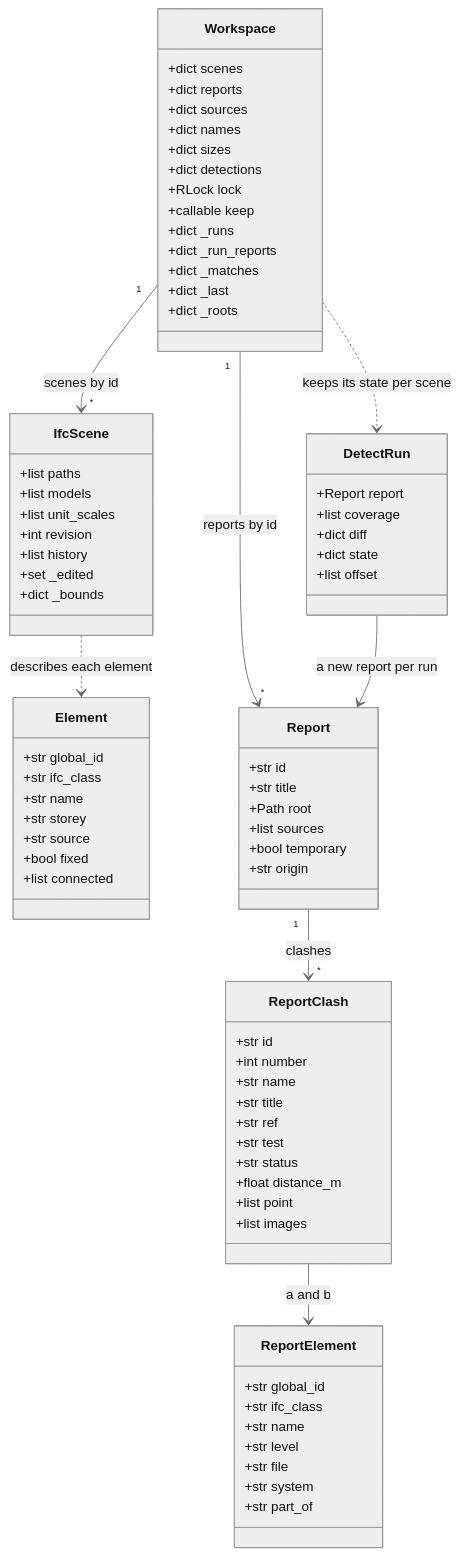
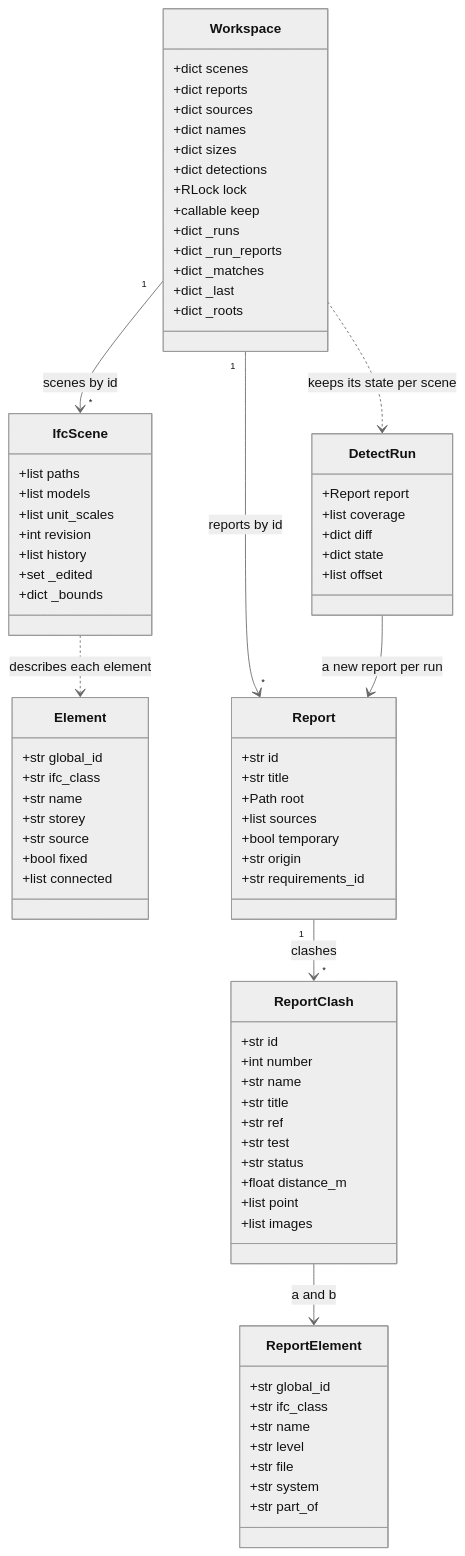
The first of 7 diagrams in docs/architecture/05-domain-model-and-state.md (IssueLab-Inc/ORCA), drawn with Mermaid (neutral theme) before and after one commit. The commit also changed other lines of this file and 15 other files, not shown here.

````diff
--- a/docs/architecture/05-domain-model-and-state.md
+++ b/docs/architecture/05-domain-model-and-state.md
@@ -21,79 +21,80 @@
 ```mermaid
 classDiagram
     class Workspace {
         +dict scenes
         +dict reports
         +dict sources
         +dict names
         +dict sizes
         +dict detections
         +RLock lock
         +callable keep
         +dict _runs
         +dict _run_reports
         +dict _matches
         +dict _last
         +dict _roots
     }
     class IfcScene {
         +list paths
         +list models
         +list unit_scales
         +int revision
         +list history
         +set _edited
         +dict _bounds
     }
     class Element {
         +str global_id
         +str ifc_class
         +str name
         +str storey
         +str source
         +bool fixed
         +list connected
     }
     class Report {
         +str id
         +str title
         +Path root
         +list sources
         +bool temporary
         +str origin
+        +str requirements_id
     }
     class ReportClash {
         +str id
         +int number
         +str name
         +str title
         +str ref
         +str test
         +str status
         +float distance_m
         +list point
         +list images
     }
     class ReportElement {
         +str global_id
         +str ifc_class
         +str name
         +str level
         +str file
         +str system
         +str part_of
     }
     class DetectRun {
         +Report report
         +list coverage
         +dict diff
         +dict state
         +list offset
     }
     Workspace "1" --> "*" IfcScene : scenes by id
     Workspace "1" --> "*" Report : reports by id
     IfcScene ..> Element : describes each element
     Report "1" --> "*" ReportClash : clashes
     ReportClash --> ReportElement : a and b
     DetectRun --> Report : a new report per run
     Workspace ..> DetectRun : keeps its state per scene
 ```
````
